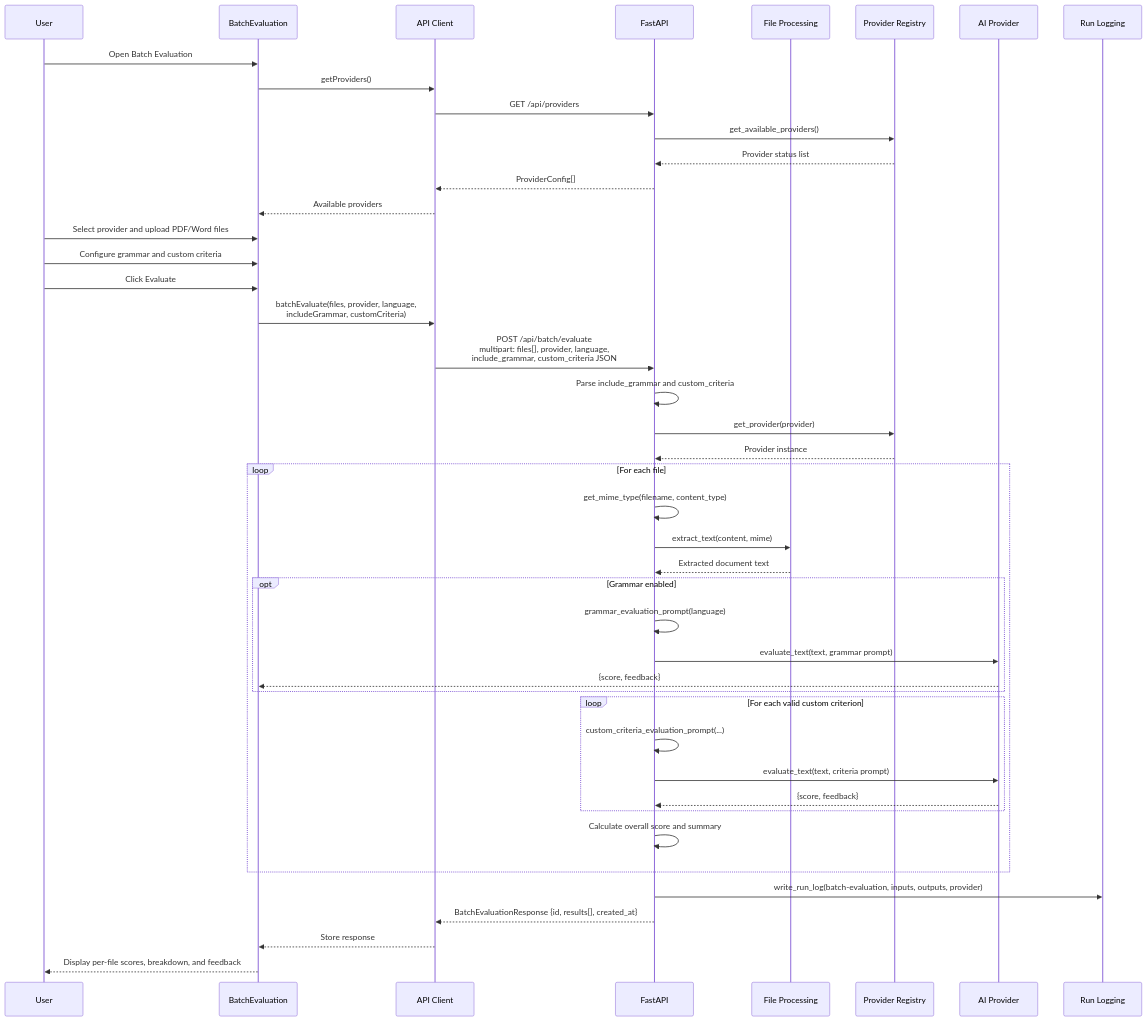
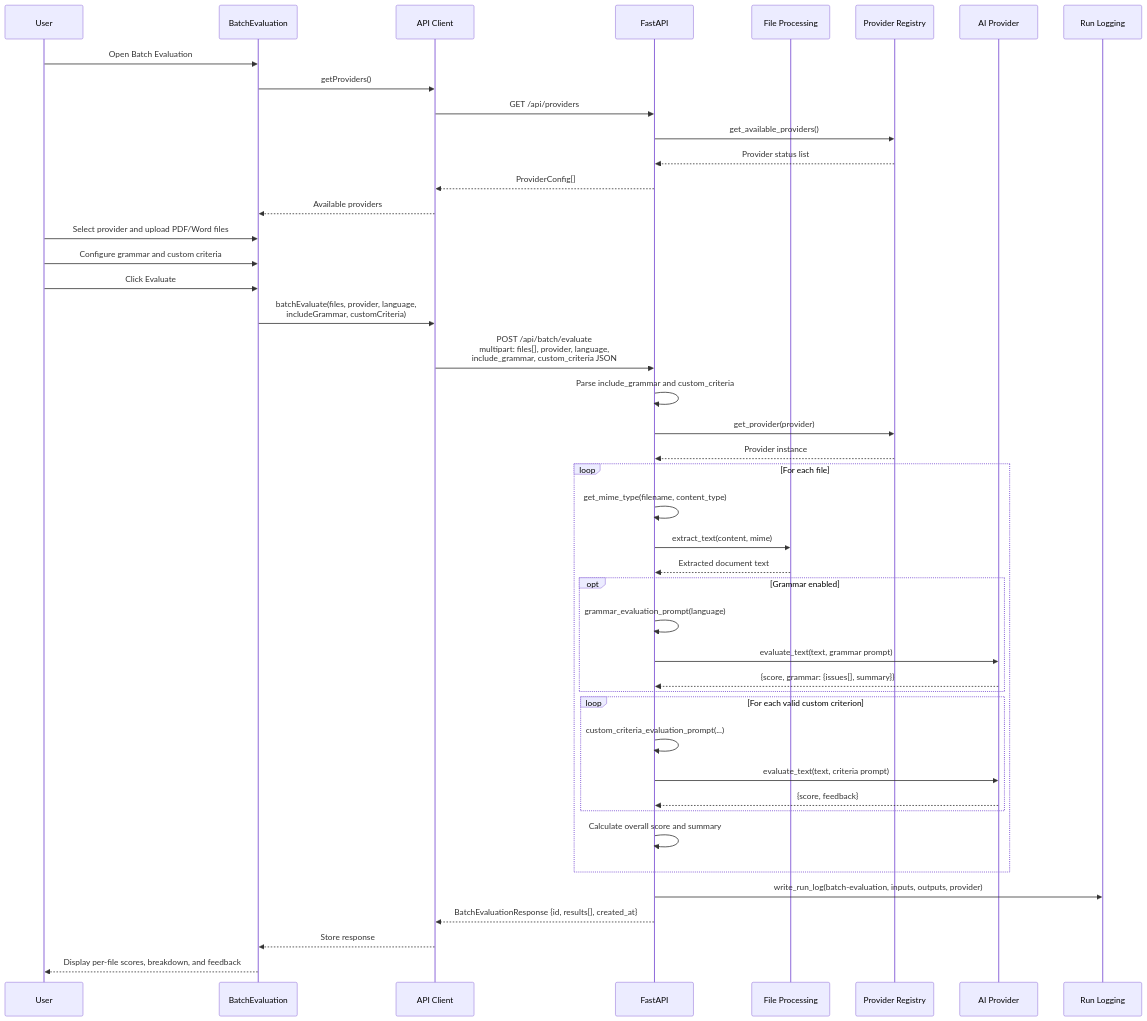
One commit to franciscosuca/exan changed the third of 6 diagrams in docs/ARCHITECTURE.md. Above: the diagram before and after it, drawn with Mermaid. The commit also changed other lines of this file and 15 other files, not shown here.

Commit message:
feat: Enhance grammar evaluation with structured feedback.

````diff
--- a/docs/ARCHITECTURE.md
+++ b/docs/ARCHITECTURE.md
@@ -199,54 +199,54 @@
 ```mermaid
 sequenceDiagram
     participant U as User
     participant BE as BatchEvaluation
     participant API as API Client
     participant SVC as FastAPI
     participant FP as File Processing
     participant PR as Provider Registry
     participant AI as AI Provider
     participant LOG as Run Logging
 
     U->>BE: Open Batch Evaluation
     BE->>API: getProviders()
     API->>SVC: GET /api/providers
     SVC->>PR: get_available_providers()
     PR-->>SVC: Provider status list
     SVC-->>API: ProviderConfig[]
     API-->>BE: Available providers
 
     U->>BE: Select provider and upload PDF/Word files
     U->>BE: Configure grammar and custom criteria
     U->>BE: Click Evaluate
 
     BE->>API: batchEvaluate(files, provider, language,<br/>includeGrammar, customCriteria)
     API->>SVC: POST /api/batch/evaluate<br/>multipart: files[], provider, language,<br/>include_grammar, custom_criteria JSON
     SVC->>SVC: Parse include_grammar and custom_criteria
     SVC->>PR: get_provider(provider)
     PR-->>SVC: Provider instance
 
     loop For each file
         SVC->>SVC: get_mime_type(filename, content_type)
         SVC->>FP: extract_text(content, mime)
         FP-->>SVC: Extracted document text
 
         opt Grammar enabled
             SVC->>SVC: grammar_evaluation_prompt(language)
             SVC->>AI: evaluate_text(text, grammar prompt)
-            AI-->>BE: {score, feedback}
+            AI-->>SVC: {score, grammar: {issues[], summary}}
         end
 
         loop For each valid custom criterion
             SVC->>SVC: custom_criteria_evaluation_prompt(...)
             SVC->>AI: evaluate_text(text, criteria prompt)
             AI-->>SVC: {score, feedback}
         end
 
         SVC->>SVC: Calculate overall score and summary
     end
 
     SVC->>LOG: write_run_log(batch-evaluation, inputs, outputs, provider)
     SVC-->>API: BatchEvaluationResponse {id, results[], created_at}
     API-->>BE: Store response
     BE-->>U: Display per-file scores, breakdown, and feedback
 ```
````
